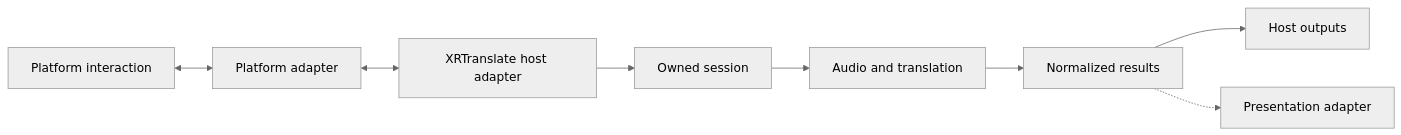
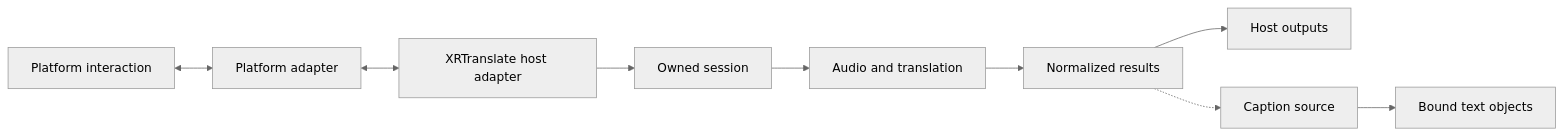
One commit to NowLoadY/XRT-Avatar-Plugin changed the diagram in docs/architecture.md. Above: the diagram before and after it, drawn with Mermaid (neutral theme). The commit also changed other lines of this file and 39 other files, not shown here.

````diff
--- a/docs/architecture.md
+++ b/docs/architecture.md
@@ -19,10 +20,11 @@
 ```mermaid
 flowchart LR
     Interaction[Platform interaction] <--> Adapter[Platform adapter]
     Adapter <--> Host[XRTranslate host adapter]
     Host --> Session[Owned session]
     Session --> Pipeline[Audio and translation]
     Pipeline --> Results[Normalized results]
     Results --> Outputs[Host outputs]
-    Results -.-> Presentation[Presentation adapter]
+    Results -.-> Source[Caption source]
+    Source --> Presentation[Bound text objects]
 ```
````
